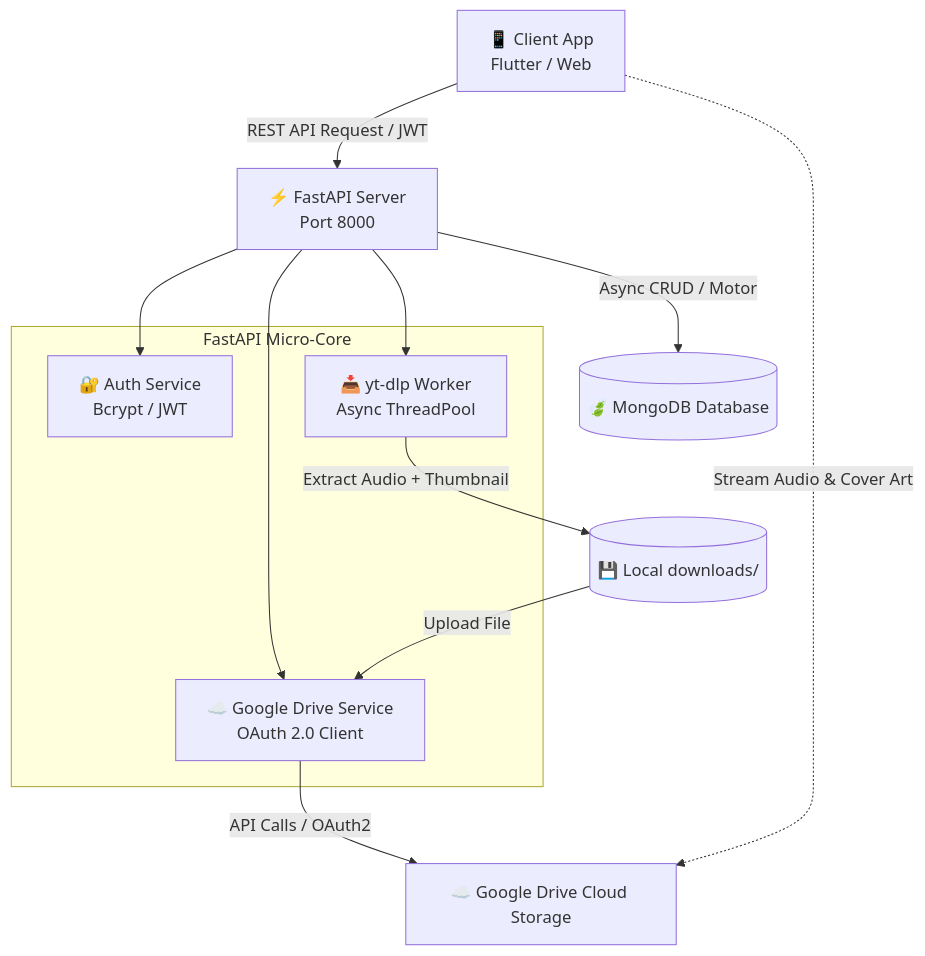
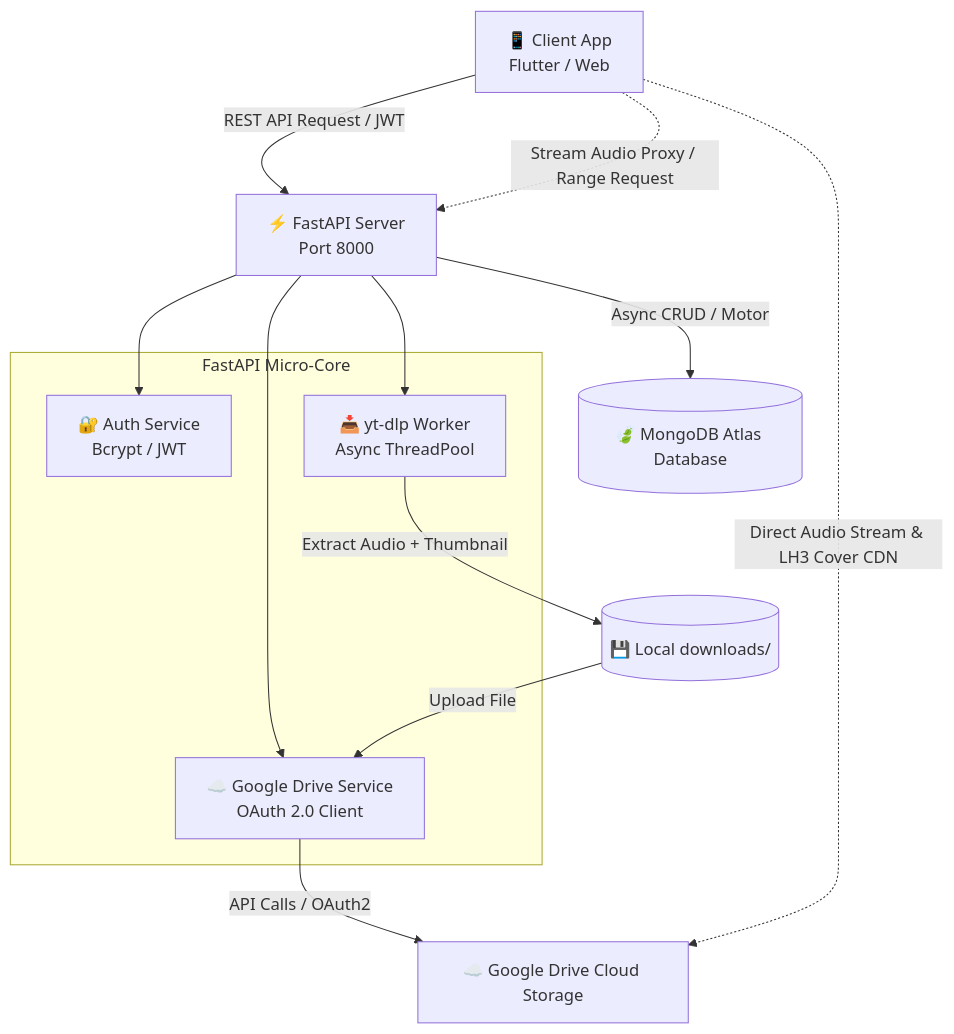
The diagram in docs/PROJECT.md (SutieXuXi203/music-storage-backend), drawn with Mermaid before and after one commit. The commit also changed other lines of this file and 2 other files, not shown here.

Commit message:
docs: update system architecture, streaming proxy endpoints, and Atlas SSL guide

````diff
--- a/docs/PROJECT.md
+++ b/docs/PROJECT.md
@@ -25,22 +25,23 @@
 ```mermaid
 graph TD
     Client[📱 Client App<br/>Flutter / Web] -->|REST API Request / JWT| Backend[⚡ FastAPI Server<br/>Port 8000]
     
     subgraph "FastAPI Micro-Core"
         Auth[🔐 Auth Service<br/>Bcrypt / JWT]
         YTDL[📥 yt-dlp Worker<br/>Async ThreadPool]
         DriveService[☁️ Google Drive Service<br/>OAuth 2.0 Client]
     end
 
     Backend --> Auth
     Backend --> YTDL
     Backend --> DriveService
 
     YTDL -->|Extract Audio + Thumbnail| LocalTemp[(💾 Local downloads/)]
     LocalTemp -->|Upload File| DriveService
 
     DriveService -->|API Calls / OAuth2| GDrive[☁️ Google Drive Cloud Storage]
-    Backend -->|Async CRUD / Motor| MongoDB[(🍃 MongoDB Database)]
+    Backend -->|Async CRUD / Motor| MongoDB[(🍃 MongoDB Atlas Database)]
 
-    Client -.->|Stream Audio & Cover Art| GDrive
+    Client -.->|Stream Audio Proxy / Range Request| Backend
+    Client -.->|Direct Audio Stream & LH3 Cover CDN| GDrive
 ```
````
